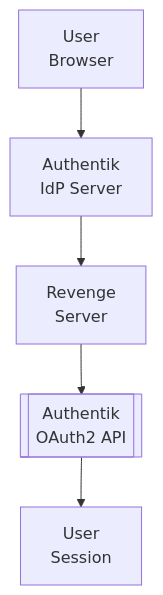
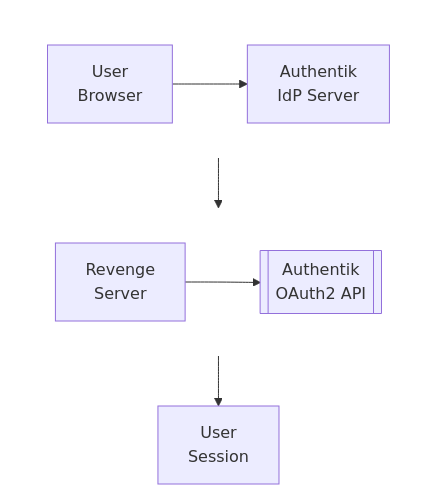
One commit to lusoris/revenge changed the diagram in docs/dev/design/integrations/auth/AUTHENTIK.md. Above: the diagram before and after it, drawn with Mermaid. The commit also changed 210 other files, not shown here.

First line of the commit message:
feat(docs): Add horizontal layout support for Mermaid diagrams

````diff
--- a/docs/dev/design/integrations/auth/AUTHENTIK.md
+++ b/docs/dev/design/integrations/auth/AUTHENTIK.md
@@ -59,12 +59,22 @@
 ```mermaid
 flowchart TD
-    node1["User<br/>Browser"]
-    node2["Authentik<br/>IdP Server"]
-    node3["Revenge<br/>Server"]
-    node4[["Authentik<br/>OAuth2 API"]]
+    subgraph row1[ ]
+        direction LR
+        node1["User<br/>Browser"]
+        node2["Authentik<br/>IdP Server"]
+    end
+    subgraph row2[ ]
+        direction LR
+        node3["Revenge<br/>Server"]
+        node4[["Authentik<br/>OAuth2 API"]]
+    end
     node5["User<br/>Session"]
     node1 --> node2
     node3 --> node4
     node2 --> node3
     node4 --> node5
+
+    %% Hide row subgraph borders
+    style row1 fill:transparent,stroke:transparent
+    style row2 fill:transparent,stroke:transparent
 ```
````
